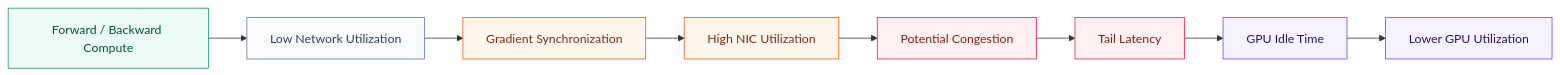
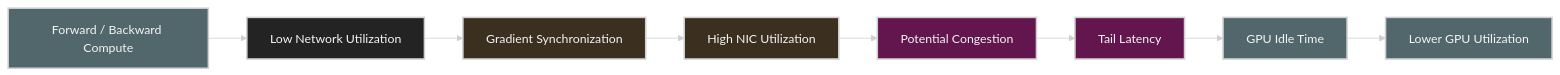
Diagram 11 of 12 in deep-learning-for-network-engineers/week01/README.md (ziwon/ai-data-center-network), drawn with Mermaid before and after one commit. The commit also changed other lines of this file and 35 other files, not shown here.

Commit message:
docs(mermaid): apply dark diagram style

````diff
--- a/deep-learning-for-network-engineers/week01/README.md
+++ b/deep-learning-for-network-engineers/week01/README.md
@@ -460,16 +470,17 @@
 ```mermaid
+%%{init: {"theme": "base", "themeVariables": {"background": "#171717", "primaryColor": "#232323", "primaryTextColor": "#f5f5f5", "primaryBorderColor": "#d0d0d0", "lineColor": "#cfcfcf", "fontFamily": "Inter, Arial, sans-serif"}}}%%
 flowchart LR
-    classDef compute fill:#ecfdf5,stroke:#059669,color:#064e3b
-    classDef quiet fill:#f8fafc,stroke:#64748b,color:#334155
-    classDef sync fill:#fff7ed,stroke:#ea580c,color:#7c2d12
-    classDef risk fill:#fff1f2,stroke:#e11d48,color:#7f1d1d
-    classDef impact fill:#f5f3ff,stroke:#7c3aed,color:#2e1065
+    classDef compute fill:#52676b,stroke:#d0d0d0,color:#f5f5f5,stroke-width:2px;
+    classDef quiet fill:#232323,stroke:#d0d0d0,color:#f5f5f5,stroke-width:2px;
+    classDef sync fill:#3b2f20,stroke:#d0d0d0,color:#f5f5f5,stroke-width:2px;
+    classDef risk fill:#62164d,stroke:#d0d0d0,color:#f5f5f5,stroke-width:2px;
+    classDef impact fill:#52676b,stroke:#d0d0d0,color:#f5f5f5,stroke-width:2px;
 
     A[Forward / Backward Compute]:::compute --> B[Low Network Utilization]:::quiet
     B --> C[Gradient Synchronization]:::sync
     C --> D[High NIC Utilization]:::sync
     D --> E[Potential Congestion]:::risk
     E --> F[Tail Latency]:::risk
     F --> G[GPU Idle Time]:::impact
     G --> H[Lower GPU Utilization]:::impact
 ```
````
